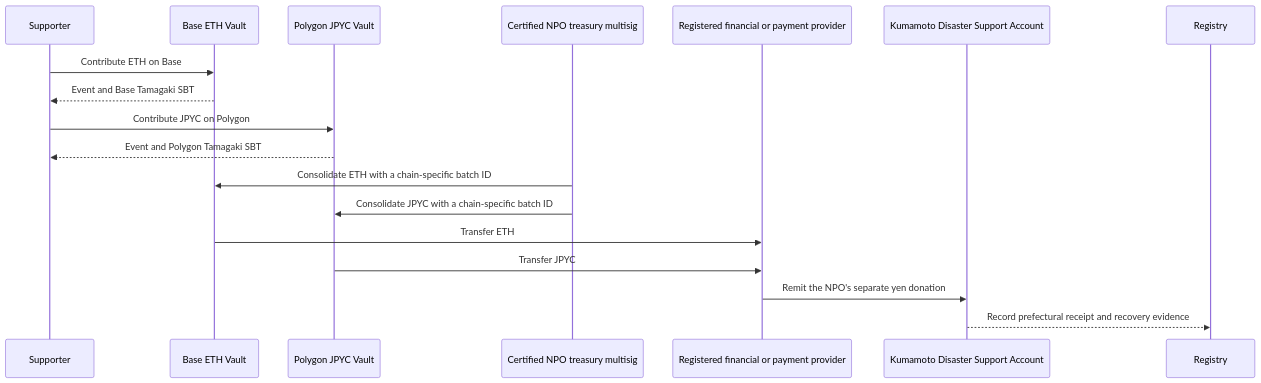
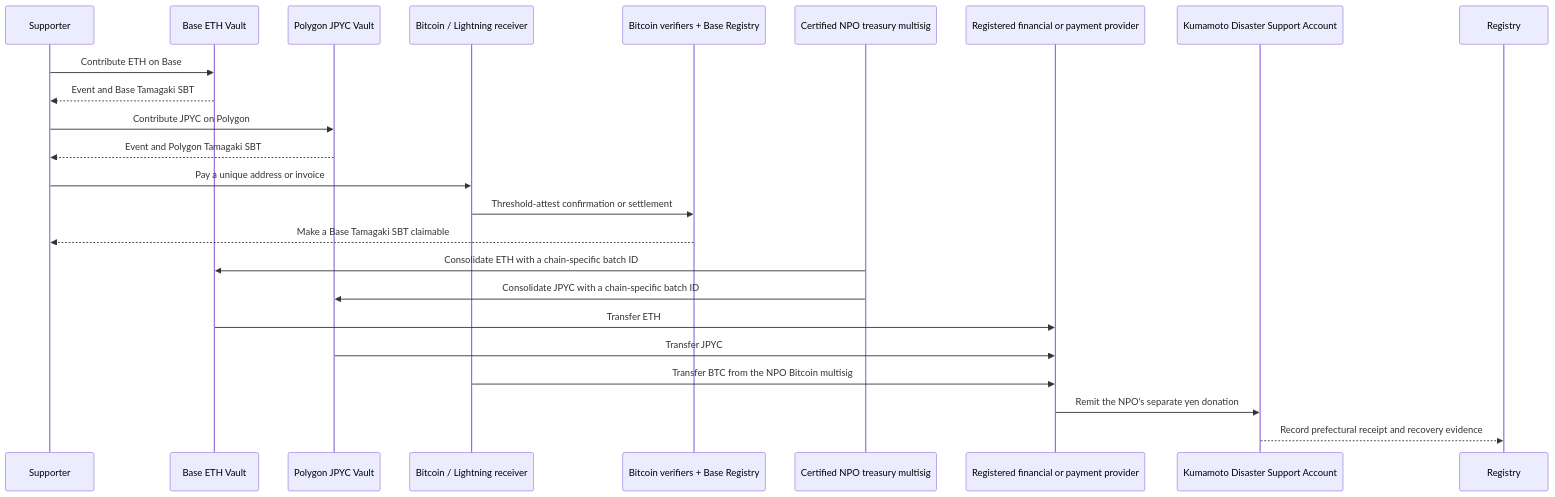
One commit to ShigeichiroYamasaki/yui-no-kaki-kumamoto changed the diagram in docs/en/fund-flow.md. Above: the diagram before and after it, drawn with Mermaid. The commit also changed other lines of this file and 26 other files, not shown here.

Commit message:
Document Bitcoin and Lightning support

````diff
--- a/docs/en/fund-flow.md
+++ b/docs/en/fund-flow.md
@@ -11,20 +11,26 @@
 ```mermaid
 sequenceDiagram
   participant S as Supporter
   participant BV as Base ETH Vault
   participant PV as Polygon JPYC Vault
+  participant BTC as Bitcoin / Lightning receiver
+  participant BR as Bitcoin verifiers + Base Registry
   participant O as Certified NPO treasury multisig
   participant E as Registered financial or payment provider
   participant K as Kumamoto Disaster Support Account
   participant R as Registry
   S->>BV: Contribute ETH on Base
   BV-->>S: Event and Base Tamagaki SBT
   S->>PV: Contribute JPYC on Polygon
   PV-->>S: Event and Polygon Tamagaki SBT
+  S->>BTC: Pay a unique address or invoice
+  BTC->>BR: Threshold-attest confirmation or settlement
+  BR-->>S: Make a Base Tamagaki SBT claimable
   O->>BV: Consolidate ETH with a chain-specific batch ID
   O->>PV: Consolidate JPYC with a chain-specific batch ID
   BV->>E: Transfer ETH
   PV->>E: Transfer JPYC
+  BTC->>E: Transfer BTC from the NPO Bitcoin multisig
   E->>K: Remit the NPO's separate yen donation
   K-->>R: Record prefectural receipt and recovery evidence
 ```
````
